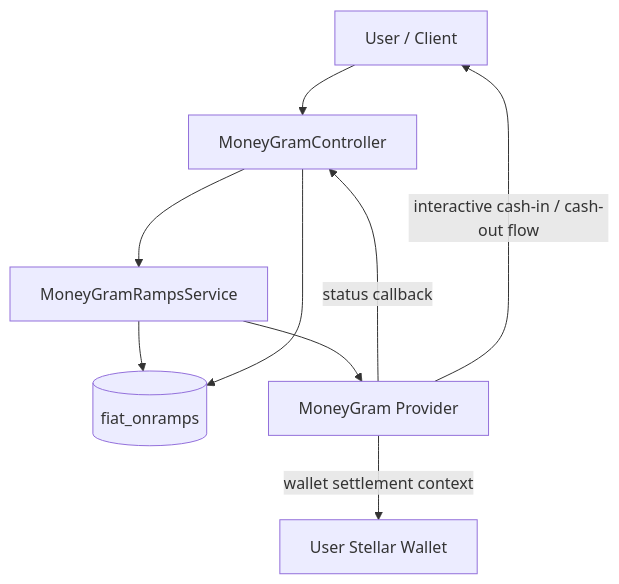
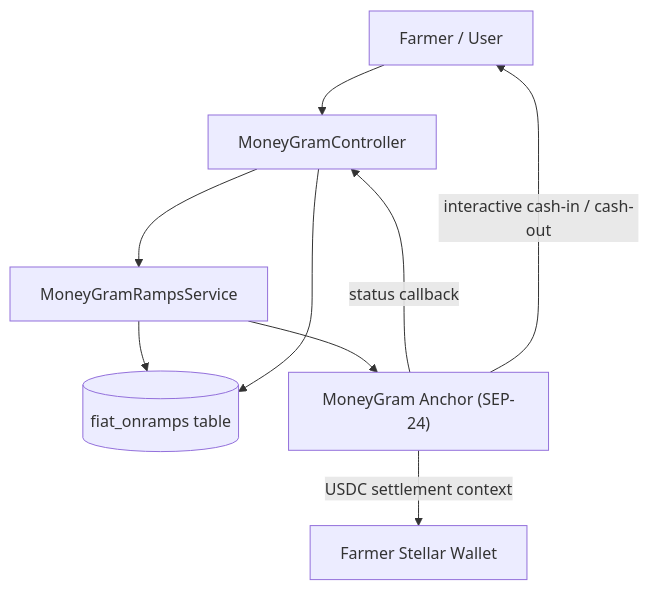
Before and after one commit to Riwe-Technologies/Stellar: the diagram in Moneygram-Integration.md, drawn with Mermaid. The commit also changed other lines of this file, not shown here.

````diff
--- a/Moneygram-Integration.md
+++ b/Moneygram-Integration.md
@@ -75,18 +86,18 @@
 ```mermaid
-flowchart TD;
-    U["User / Client"];
-    C["MoneyGramController"];
-    S["MoneyGramRampsService"];
-    D[("fiat_onramps")];
-    W["User Stellar Wallet"];
-    MG["MoneyGram Provider"];
+flowchart TD
+    U["Farmer / User"]
+    C["MoneyGramController"]
+    S["MoneyGramRampsService"]
+    D[("fiat_onramps table")]
+    W["Farmer Stellar Wallet"]
+    MG["MoneyGram Anchor (SEP-24)"]
 
-    U --> C;
-    C --> S;
-    S --> MG;
-    S --> D;
-    MG -->|"status callback"| C;
-    C --> D;
-    MG -->|"interactive cash-in / cash-out flow"| U;
-    MG -->|"wallet settlement context"| W;
+    U --> C
+    C --> S
+    S --> MG
+    S --> D
+    MG -->|"status callback"| C
+    C --> D
+    MG -->|"interactive cash-in / cash-out"| U
+    MG -->|"USDC settlement context"| W
 ```
````
